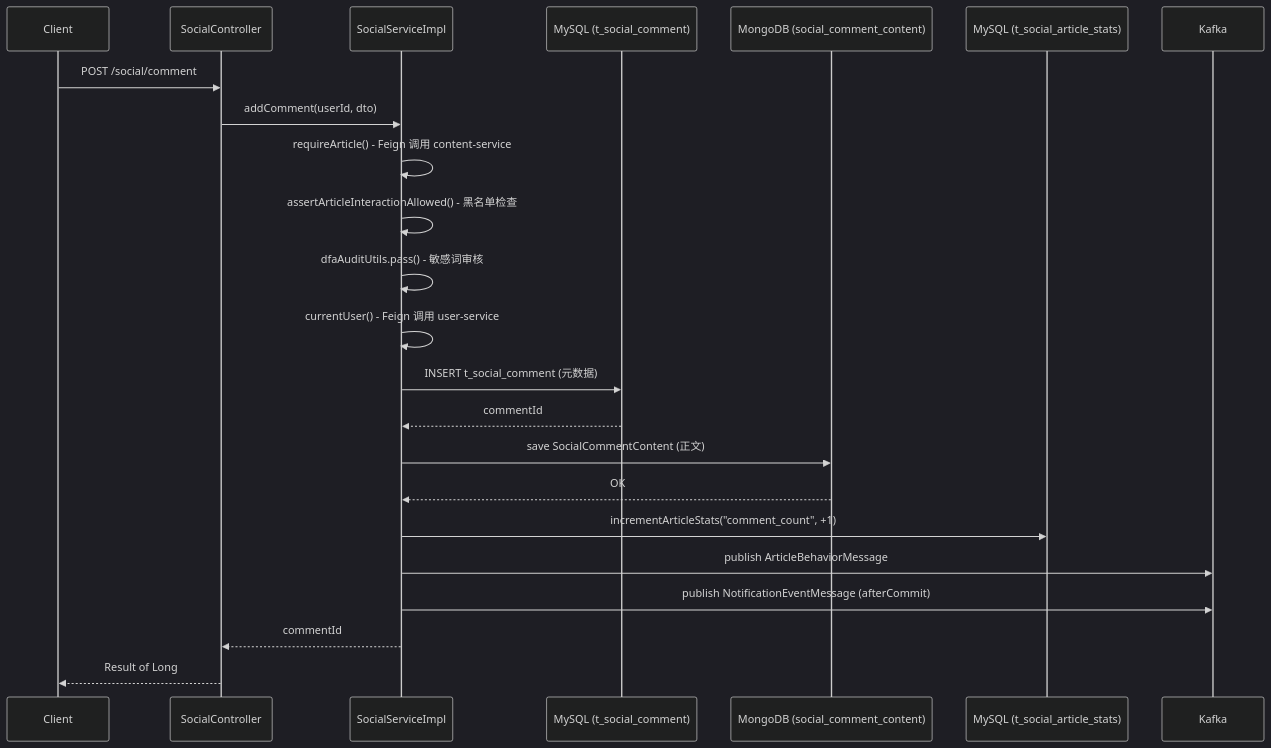
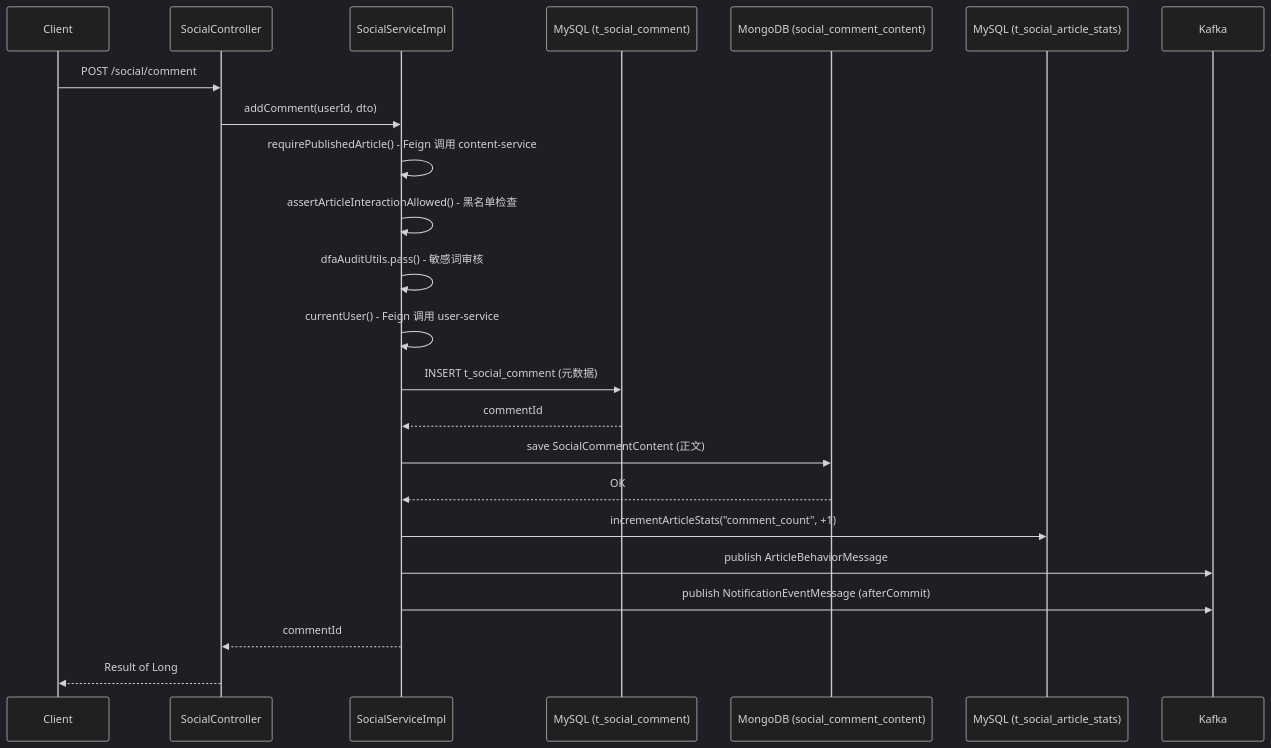
One commit to maa-hh/game-community-platform changed the first of 5 diagrams in docs/v2/social-service.md. Above: the diagram before and after it, drawn with Mermaid (dark theme). The commit also changed other lines of this file and 75 other files, not shown here.

````diff
--- a/docs/v2/social-service.md
+++ b/docs/v2/social-service.md
@@ -1420,26 +1420,26 @@
 ```mermaid
 sequenceDiagram
     participant C as Client
     participant SC as SocialController
     participant S as SocialServiceImpl
     participant MySQL as MySQL (t_social_comment)
     participant Mongo as MongoDB (social_comment_content)
     participant Stats as MySQL (t_social_article_stats)
     participant Kafka as Kafka
 
     C->>SC: POST /social/comment
     SC->>S: addComment(userId, dto)
-    S->>S: requireArticle() - Feign 调用 content-service
+    S->>S: requirePublishedArticle() - Feign 调用 content-service
     S->>S: assertArticleInteractionAllowed() - 黑名单检查
     S->>S: dfaAuditUtils.pass() - 敏感词审核
     S->>S: currentUser() - Feign 调用 user-service
     S->>MySQL: INSERT t_social_comment (元数据)
     MySQL-->>S: commentId
     S->>Mongo: save SocialCommentContent (正文)
     Mongo-->>S: OK
     S->>Stats: incrementArticleStats("comment_count", +1)
     S->>Kafka: publish ArticleBehaviorMessage
     S->>Kafka: publish NotificationEventMessage (afterCommit)
     S-->>SC: commentId
     SC-->>C: Result of Long
 ```
````
